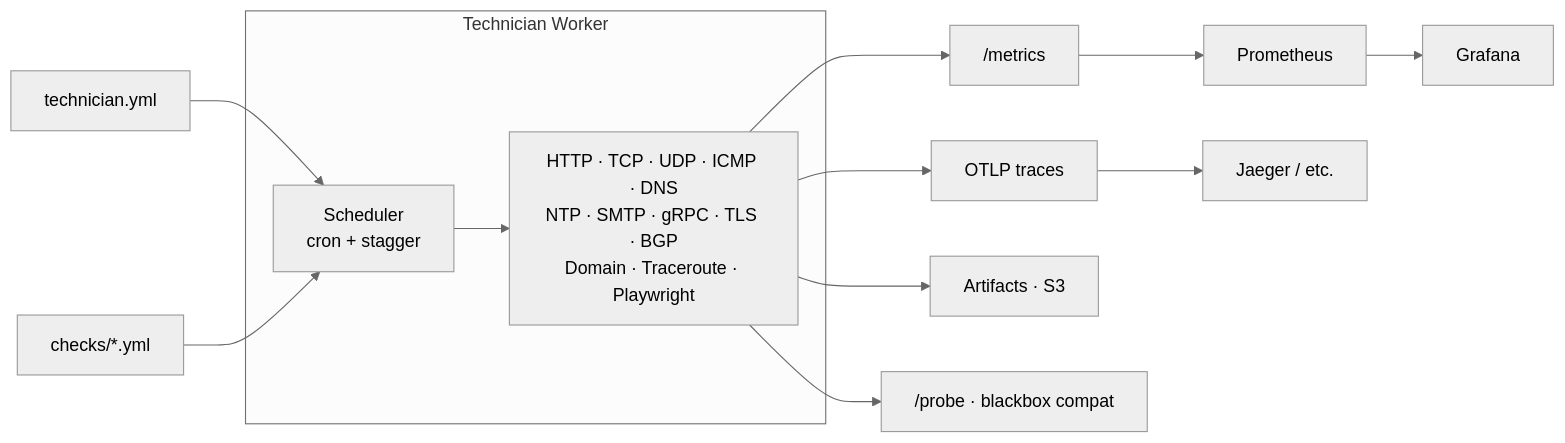
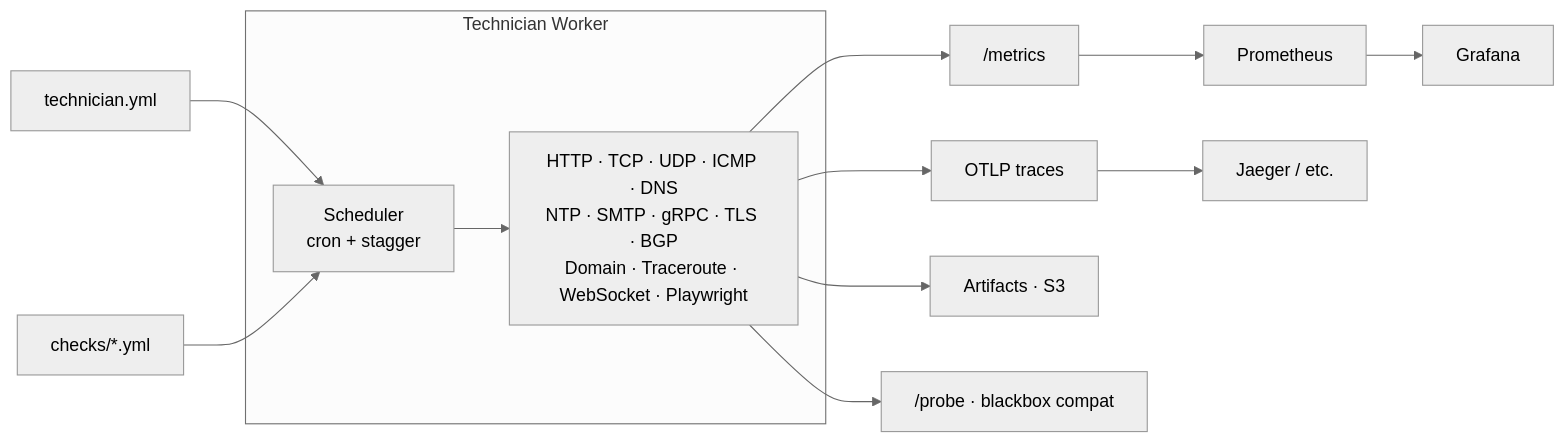
Before and after one commit to jesseheady/technician: the diagram in README.md, drawn with Mermaid (neutral theme). The commit also changed other lines of this file and 18 other files, not shown here.

````diff
--- a/README.md
+++ b/README.md
@@ -31,19 +31,19 @@
 ```mermaid
 graph LR
     yml[technician.yml] --> sched
     checks[checks/*.yml] --> sched
 
     subgraph worker [Technician Worker]
         sched[Scheduler<br/>cron + stagger]
-        checkers[HTTP · TCP · UDP · ICMP · DNS<br/>NTP · SMTP · gRPC · TLS · BGP<br/>Domain · Traceroute · Playwright]
+        checkers[HTTP · TCP · UDP · ICMP · DNS<br/>NTP · SMTP · gRPC · TLS · BGP<br/>Domain · Traceroute · WebSocket · Playwright]
         sched --> checkers
     end
 
     checkers --> metrics["/metrics"]
     checkers --> traces["OTLP traces"]
     checkers --> artifacts["Artifacts · S3"]
     checkers --> check_ep["/probe · blackbox compat"]
 
     metrics --> prom[Prometheus] --> grafana[Grafana]
     traces --> jaeger[Jaeger / etc.]
 ```
````
